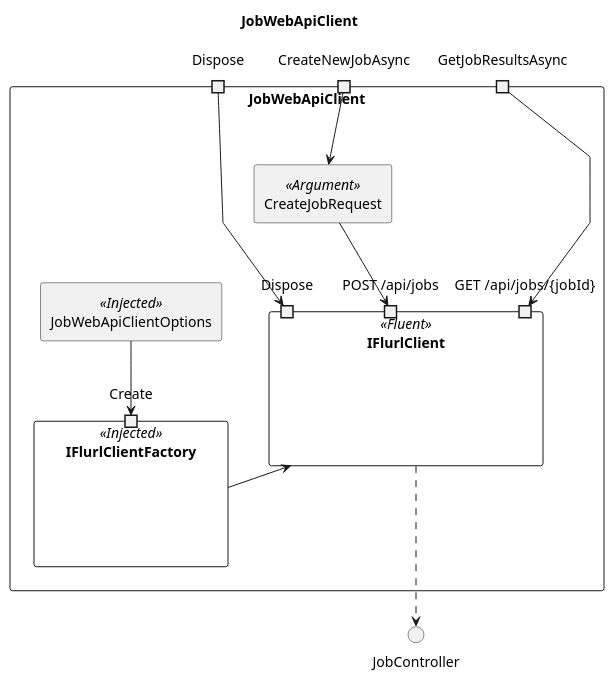
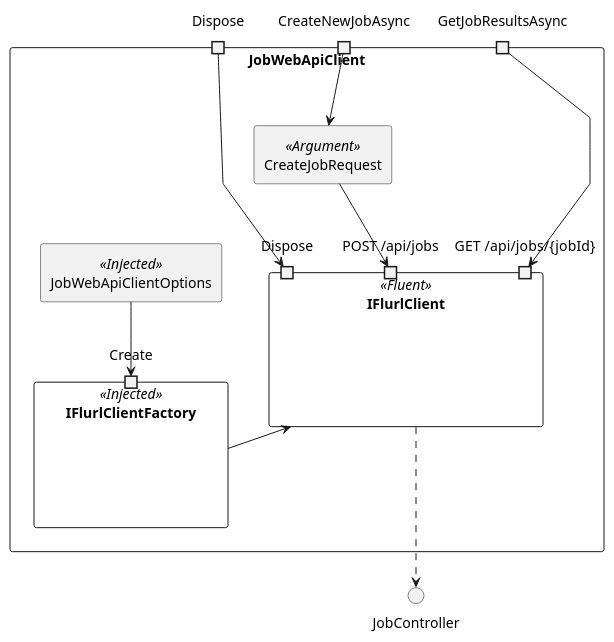
One commit to mrypdm/JobSystem changed the diagram in docs/diagrams/structure/Job.WebApi.Client.puml. Above: the diagram before and after it, drawn with PlantUML. The commit also changed 8 other files, not shown here.

```diff
--- a/docs/diagrams/structure/Job.WebApi.Client.puml
+++ b/docs/diagrams/structure/Job.WebApi.Client.puml
@@ -1,40 +1,38 @@
 @startuml JobWebApiClient
 skinparam componentStyle rectangle
 skinparam linetype polyline
-
-title JobWebApiClient
 
 () JobController
 
 component JobWebApiClient {
     [CreateJobRequest] << Argument >>
 
     [JobWebApiClientOptions] << Injected >>
 
     component IFlurlClient << Fluent >> as flurlClient {
         portin Dispose as client_Dispose
         portin "POST /api/jobs" as client_POST
         portin "GET  /api/jobs/{jobId}" as client_GET
     }
     flurlClient ...> JobController
 
     component IFlurlClientFactory as factory << Injected >> {
         portin Create as factory_Create
     }
 
     JobWebApiClientOptions --> factory_Create
 
     flurlClient <-- factory
 
     portin Dispose
     Dispose --> client_Dispose
 
     portin CreateNewJobAsync
     CreateNewJobAsync --> CreateJobRequest
     CreateJobRequest --> client_POST
 
     portin GetJobResultsAsync
     GetJobResultsAsync --> client_GET
 }
 
 @enduml
```
